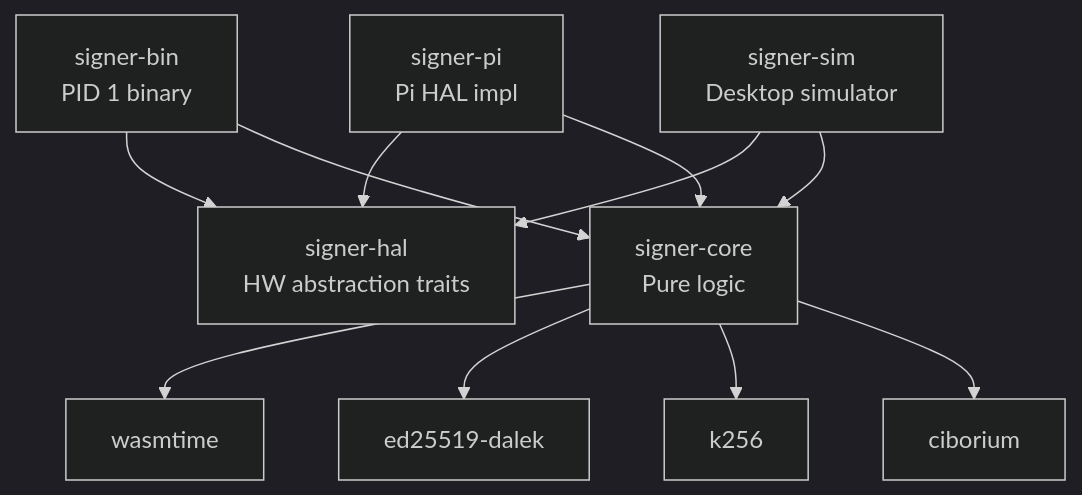
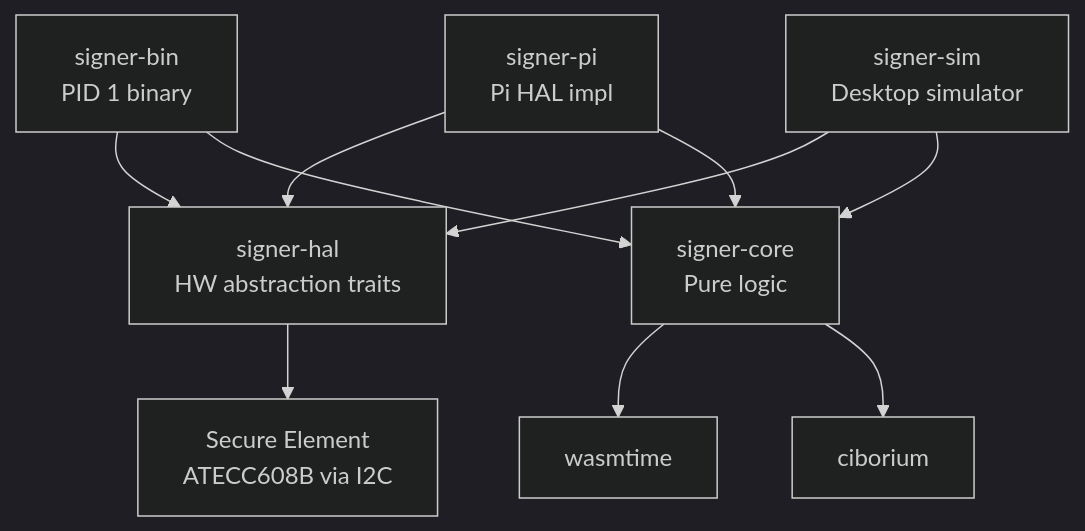
The first of 2 diagrams in docs/architecture/overview.md (paolino/air-gap-signer), drawn with Mermaid (dark theme) before and after one commit. The commit also changed other lines of this file and 15 other files, not shown here.

First line of the commit message:
feat: replace software keystore with secure element architecture

````diff
--- a/docs/architecture/overview.md
+++ b/docs/architecture/overview.md
@@ -5,13 +5,12 @@
 ```mermaid
 graph TD
     BIN[signer-bin<br/>PID 1 binary] --> HAL[signer-hal<br/>HW abstraction traits]
     BIN --> CORE[signer-core<br/>Pure logic]
     PI[signer-pi<br/>Pi HAL impl] --> HAL
     SIM[signer-sim<br/>Desktop simulator] --> HAL
     SIM --> CORE
     PI --> CORE
     CORE --> WT[wasmtime]
-    CORE --> ED[ed25519-dalek]
-    CORE --> K2[k256]
     CORE --> CIB[ciborium]
+    HAL --> SE[Secure Element<br/>ATECC608B via I2C]
 ```
````
